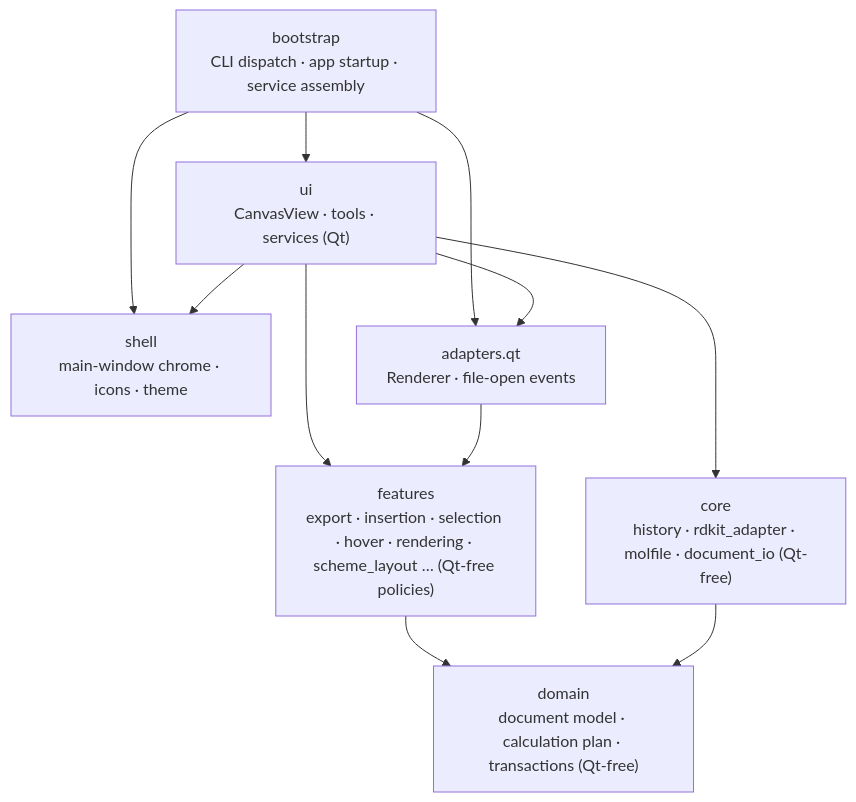
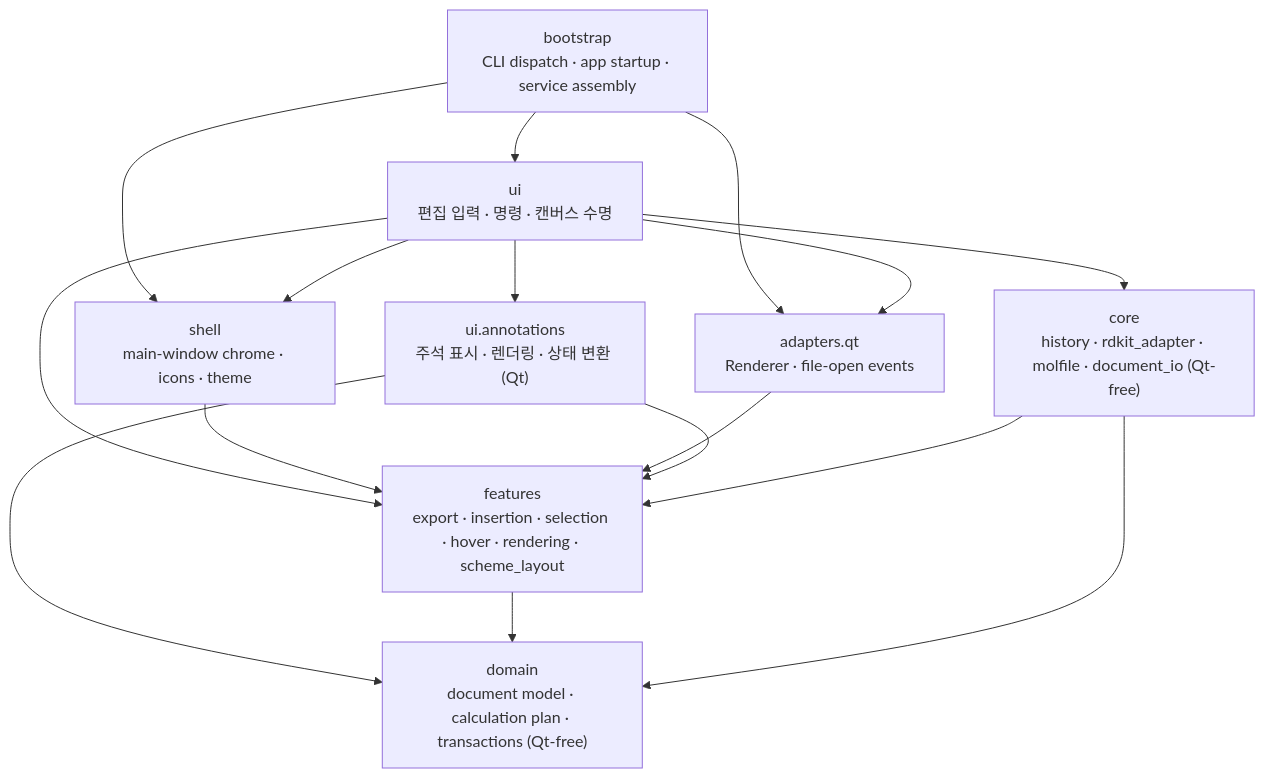
One commit to dhsohn/Chemvas changed the first of 4 diagrams in docs/ARCHITECTURE.ko.md. Above: the diagram before and after it, drawn with Mermaid. The commit also changed other lines of this file and 289 other files, not shown here.

First line of the commit message:
Make document ownership independent of graphics (#461)

````diff
--- a/docs/ARCHITECTURE.ko.md
+++ b/docs/ARCHITECTURE.ko.md
@@ -9,20 +9,26 @@
 ```mermaid
 flowchart TB
     bootstrap["bootstrap<br/>CLI dispatch · app startup · service assembly"]
     shell["shell<br/>main-window chrome · icons · theme"]
-    ui["ui<br/>CanvasView · tools · services (Qt)"]
+    ui["ui<br/>편집 입력 · 명령 · 캔버스 수명"]
+    annotations["ui.annotations<br/>주석 표시 · 렌더링 · 상태 변환 (Qt)"]
     adapters["adapters.qt<br/>Renderer · file-open events"]
-    features["features<br/>export · insertion · selection · hover · rendering · scheme_layout … (Qt-free policies)"]
+    features["features<br/>export · insertion · selection · hover · rendering · scheme_layout"]
     core["core<br/>history · rdkit_adapter · molfile · document_io (Qt-free)"]
     domain["domain<br/>document model · calculation plan · transactions (Qt-free)"]
     bootstrap --> ui
     bootstrap --> shell
     bootstrap --> adapters
     ui --> shell
     ui --> adapters
+    ui --> annotations
     ui --> features
     ui --> core
+    shell --> features
     adapters --> features
+    annotations --> domain
+    annotations --> features
     features --> domain
     core --> domain
+    core --> features
 ```
````
